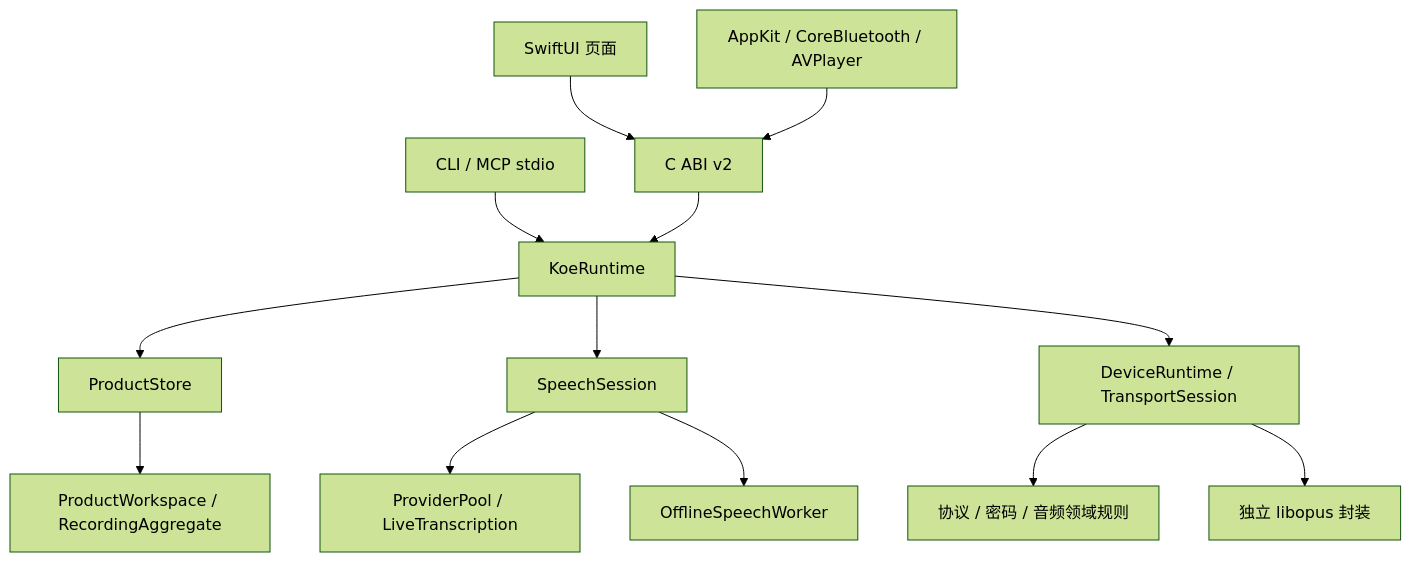
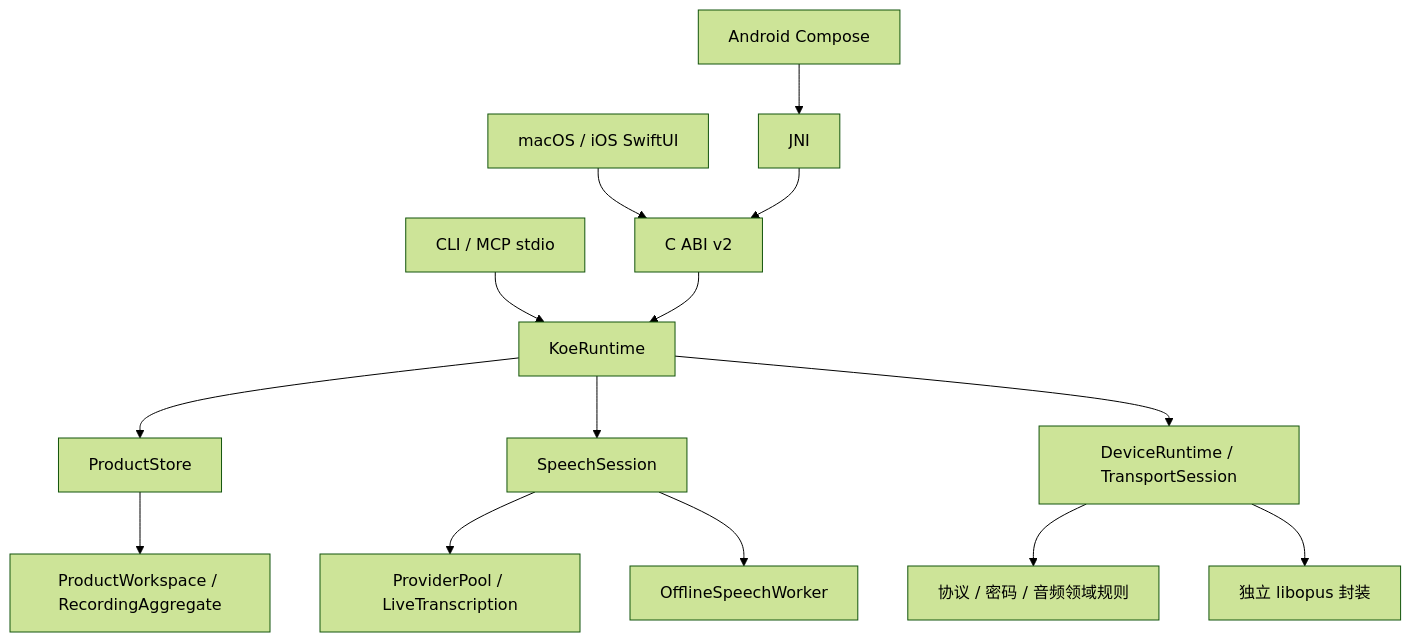
One commit to semantic-craft/koe changed the diagram in docs/ARCHITECTURE.md. Above: the diagram before and after it, drawn with Mermaid (forest theme). The commit also changed other lines of this file and 22 other files, not shown here.

````diff
--- a/docs/ARCHITECTURE.md
+++ b/docs/ARCHITECTURE.md
@@ -7,15 +7,16 @@
 ```mermaid
 flowchart TD
-    UI[SwiftUI 页面] --> API[C ABI v2]
-    OS[AppKit / CoreBluetooth / AVPlayer] --> API
+    Apple[macOS / iOS SwiftUI] --> API[C ABI v2]
+    Android[Android Compose] --> JNI[JNI]
+    JNI --> API
     CLI[CLI / MCP stdio] --> Runtime[KoeRuntime]
     API --> Runtime
     Runtime --> Store[ProductStore]
     Runtime --> Speech[SpeechSession]
     Speech --> Network[ProviderPool / LiveTranscription]
     Speech --> Offline[OfflineSpeechWorker]
     Runtime --> Device[DeviceRuntime / TransportSession]
     Store --> Domain[ProductWorkspace / RecordingAggregate]
     Device --> Engine[协议 / 密码 / 音频领域规则]
     Device --> Opus[独立 libopus 封装]
 ```
````
